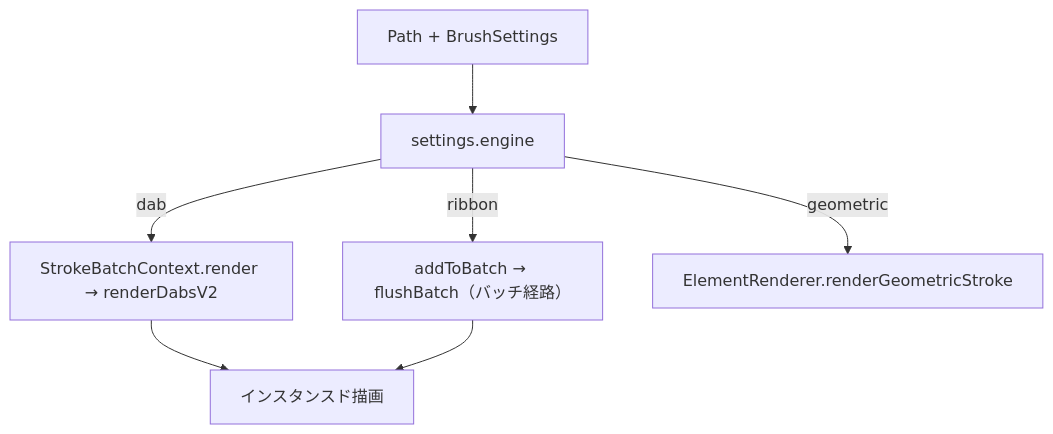
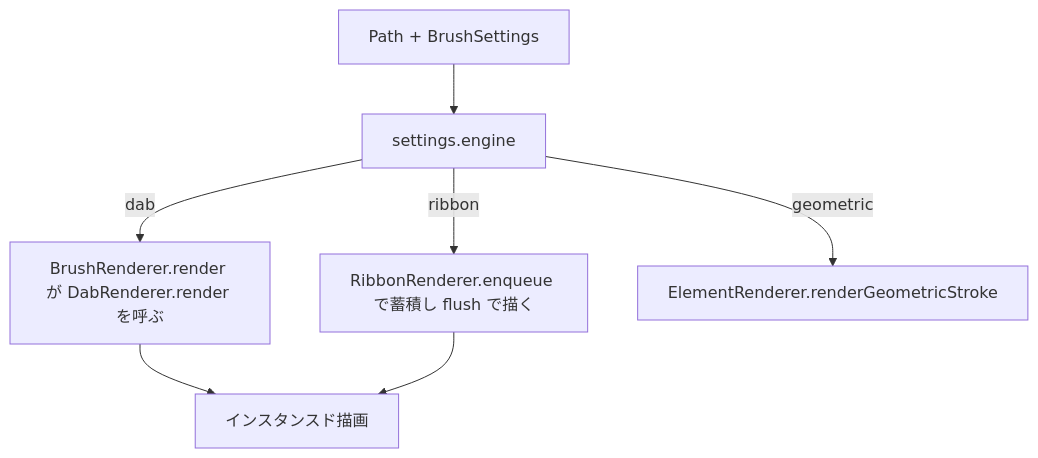
One commit to hanakla/paplico changed the first of 3 diagrams in pkgs/web/src/app/devdocs/renderer/brush/page.mdx. Above: the diagram before and after it, drawn with Mermaid. The commit also changed other lines of this file and 57 other files, not shown here.

First line of the commit message:
refactor(brush): split StrokeBatchContext into dab / ribbon / wet renderers (#777)

````diff
--- a/pkgs/web/src/app/devdocs/renderer/brush/page.mdx
+++ b/pkgs/web/src/app/devdocs/renderer/brush/page.mdx
@@ -14,9 +14,9 @@
 ```mermaid
 flowchart TD
     A[Path + BrushSettings] --> B[settings.engine]
-    B -->|dab| C["StrokeBatchContext.render → renderDabsV2"]
-    B -->|ribbon| D["addToBatch → flushBatch（バッチ経路）"]
+    B -->|dab| C["BrushRenderer.render が DabRenderer.render を呼ぶ"]
+    B -->|ribbon| D["RibbonRenderer.enqueue で蓄積し flush で描く"]
     B -->|geometric| E[ElementRenderer.renderGeometricStroke]
     C --> F[インスタンスド描画]
     D --> F
 ```
````
